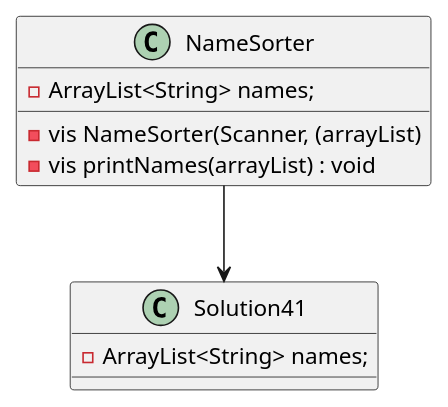
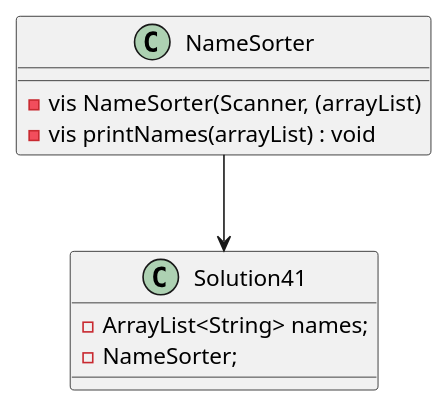
The diagram in exercise41/docs/uml.puml (Dbug100/Murphy-a04), drawn with PlantUML before and after one commit. The commit also changed 14 other files, not shown here.

Commit message:
oop priciples and uml fixes

```diff
--- a/exercise41/docs/uml.puml
+++ b/exercise41/docs/uml.puml
@@ -1,16 +1,15 @@
 @startuml
 class Solution41{
     -ArrayList<String> names;
-
+    -NameSorter;
 }
 class NameSorter{
-    -ArrayList<String> names;
 
     -vis NameSorter(Scanner, (arrayList)
     -vis printNames(arrayList) : void
 }
 
 NameSorter --> Solution41
 
 
 @enduml
```
